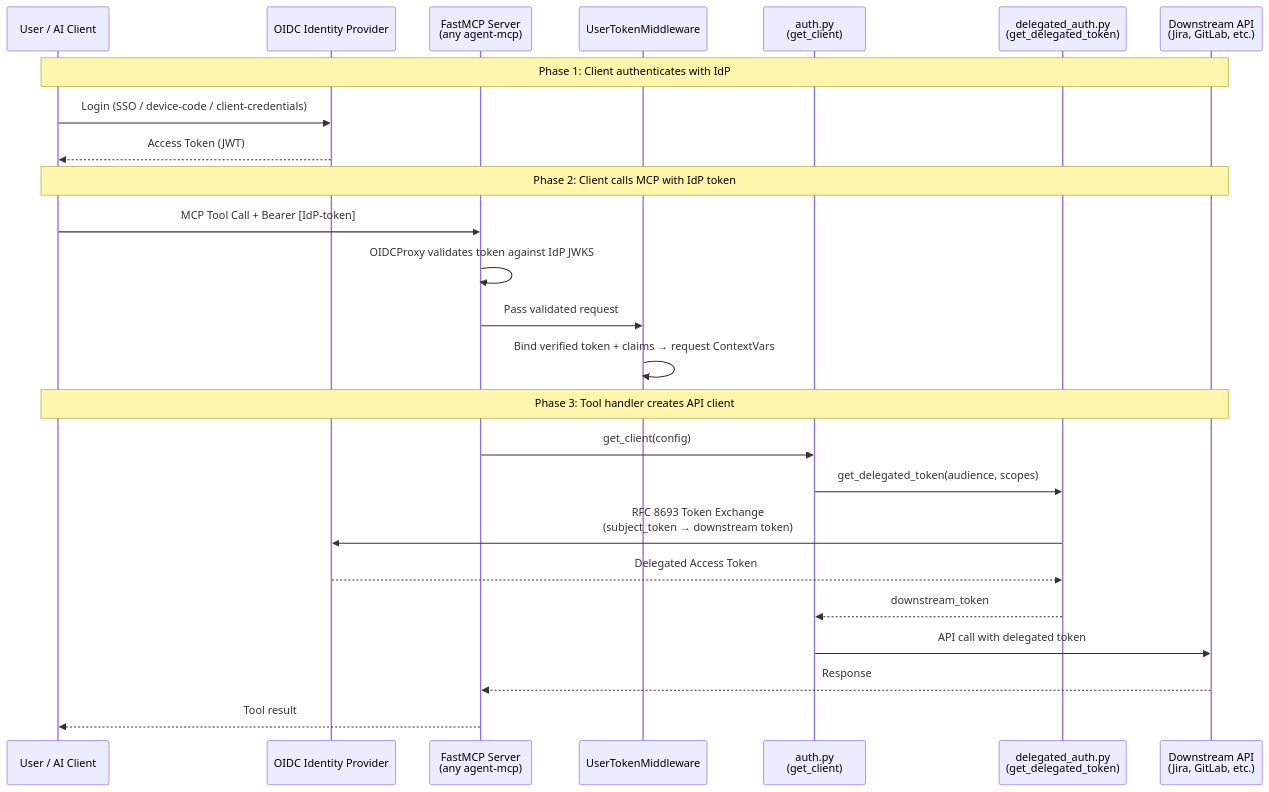
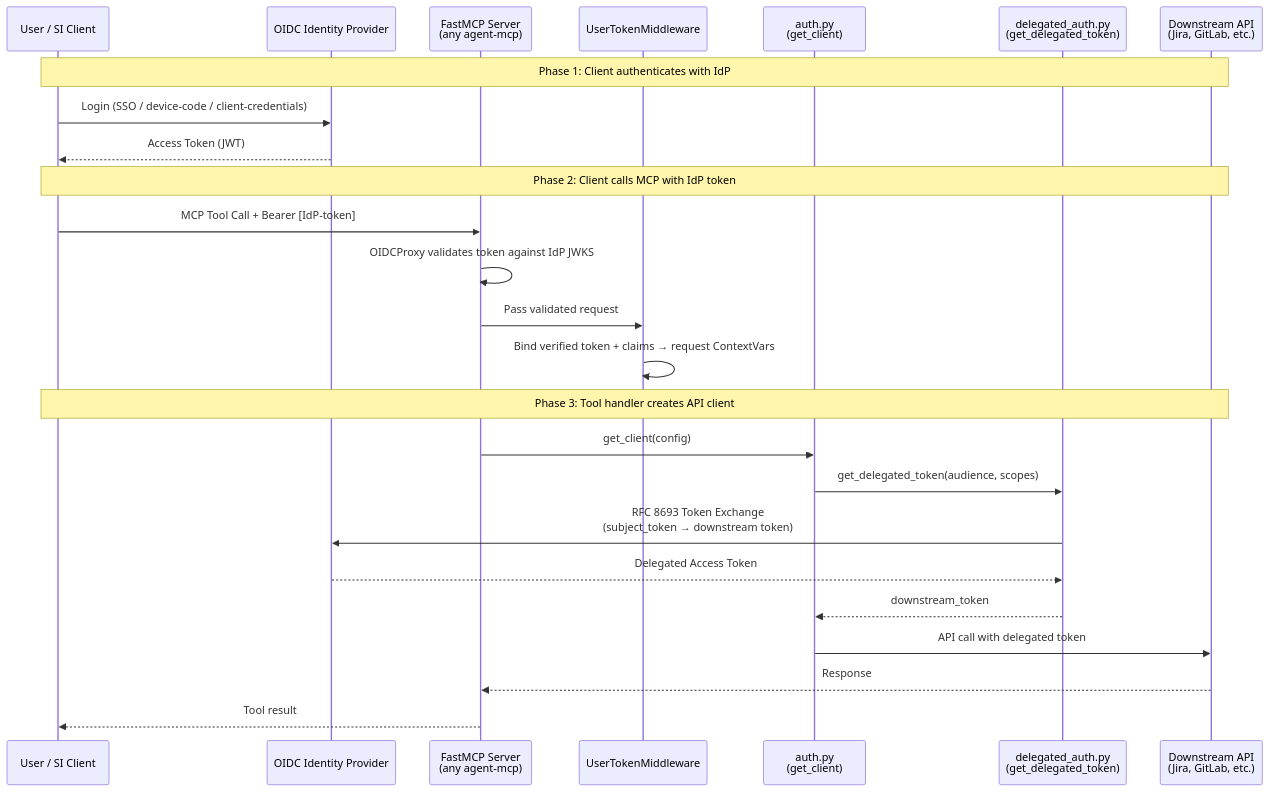
One commit to Knuckles-Team/agent-utilities changed the first of 4 diagrams in docs/guides/oauth_sso.md. Above: the diagram before and after it, drawn with Mermaid. The commit also changed other lines of this file and 50 other files, not shown here.

````diff
--- a/docs/guides/oauth_sso.md
+++ b/docs/guides/oauth_sso.md
@@ -23,30 +23,30 @@
 ```mermaid
 sequenceDiagram
-    participant User as User / AI Client
+    participant User as User / SI Client
     participant IdP as OIDC Identity Provider
     participant MCP as FastMCP Server<br/>(any agent-mcp)
     participant MW as UserTokenMiddleware
     participant Auth as auth.py<br/>(get_client)
     participant Helper as delegated_auth.py<br/>(get_delegated_token)
     participant API as Downstream API<br/>(Jira, GitLab, etc.)
 
     Note over User,API: Phase 1: Client authenticates with IdP
     User->>IdP: Login (SSO / device-code / client-credentials)
     IdP-->>User: Access Token (JWT)
 
     Note over User,API: Phase 2: Client calls MCP with IdP token
     User->>MCP: MCP Tool Call + Bearer [IdP-token]
     MCP->>MCP: OIDCProxy validates token against IdP JWKS
     MCP->>MW: Pass validated request
     MW->>MW: Bind verified token + claims → request ContextVars
 
     Note over User,API: Phase 3: Tool handler creates API client
     MCP->>Auth: get_client(config)
     Auth->>Helper: get_delegated_token(audience, scopes)
     Helper->>IdP: RFC 8693 Token Exchange<br/>(subject_token → downstream token)
     IdP-->>Helper: Delegated Access Token
     Helper-->>Auth: downstream_token
     Auth->>API: API call with delegated token
     API-->>MCP: Response
     MCP-->>User: Tool result
 ```
````
